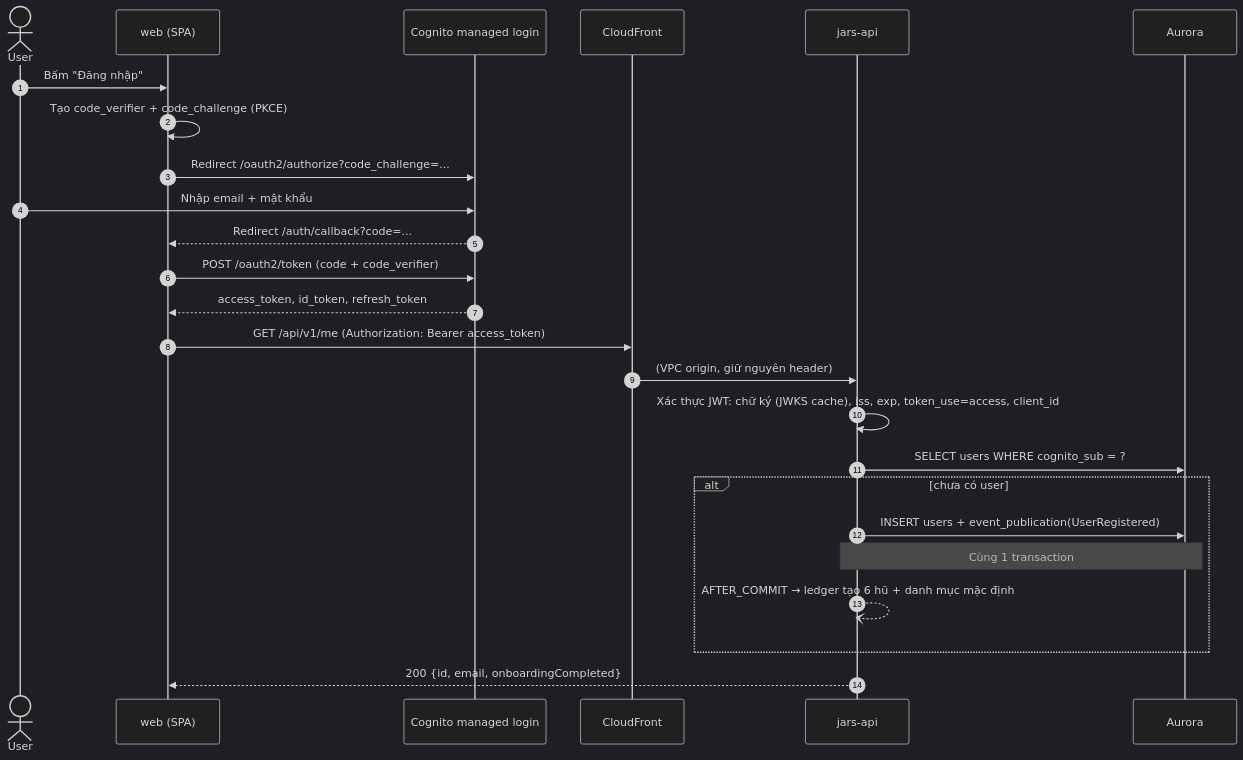
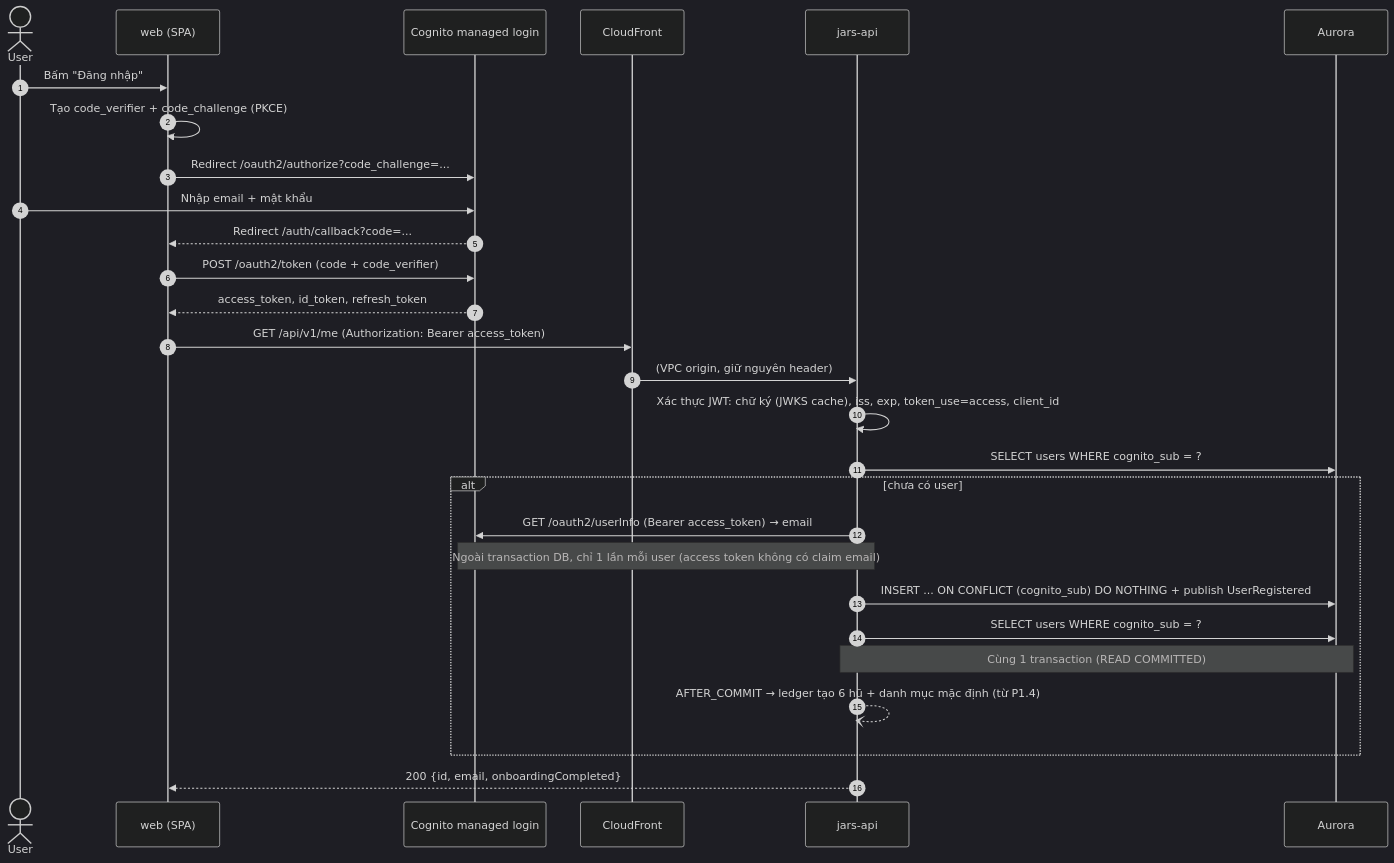
Before and after one commit to thphuc06/jar-platform: the first of 9 diagrams in docs/02-architecture/flows.md, drawn with Mermaid (dark theme). The commit also changed other lines of this file and 32 other files, not shown here.

First line of the commit message:
feat(identity): Cognito JWT resource server and GET /api/v1/me with lazy user creation (P1.2)

````diff
--- a/docs/02-architecture/flows.md
+++ b/docs/02-architecture/flows.md
@@ -21,28 +21,31 @@
 ```mermaid
 sequenceDiagram
     autonumber
     actor U as User
     participant W as web (SPA)
     participant C as Cognito managed login
     participant CF as CloudFront
     participant API as jars-api
     participant DB as Aurora
 
     U->>W: Bấm "Đăng nhập"
     W->>W: Tạo code_verifier + code_challenge (PKCE)
     W->>C: Redirect /oauth2/authorize?code_challenge=...
     U->>C: Nhập email + mật khẩu
     C-->>W: Redirect /auth/callback?code=...
     W->>C: POST /oauth2/token (code + code_verifier)
     C-->>W: access_token, id_token, refresh_token
     W->>CF: GET /api/v1/me (Authorization: Bearer access_token)
     CF->>API: (VPC origin, giữ nguyên header)
     API->>API: Xác thực JWT: chữ ký (JWKS cache), iss, exp, token_use=access, client_id
     API->>DB: SELECT users WHERE cognito_sub = ?
     alt chưa có user
-        API->>DB: INSERT users + event_publication(UserRegistered)
-        Note over API,DB: Cùng 1 transaction
-        API--)API: AFTER_COMMIT → ledger tạo 6 hũ + danh mục mặc định
+        API->>C: GET /oauth2/userInfo (Bearer access_token) → email
+        Note over API,C: Ngoài transaction DB, chỉ 1 lần mỗi user (access token không có claim email)
+        API->>DB: INSERT ... ON CONFLICT (cognito_sub) DO NOTHING + publish UserRegistered
+        API->>DB: SELECT users WHERE cognito_sub = ?
+        Note over API,DB: Cùng 1 transaction (READ COMMITTED)
+        API--)API: AFTER_COMMIT → ledger tạo 6 hũ + danh mục mặc định (từ P1.4)
     end
     API-->>W: 200 {id, email, onboardingCompleted}
 ```
````
